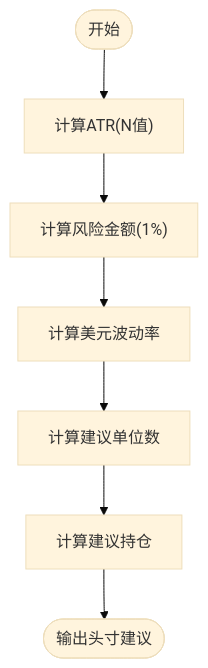
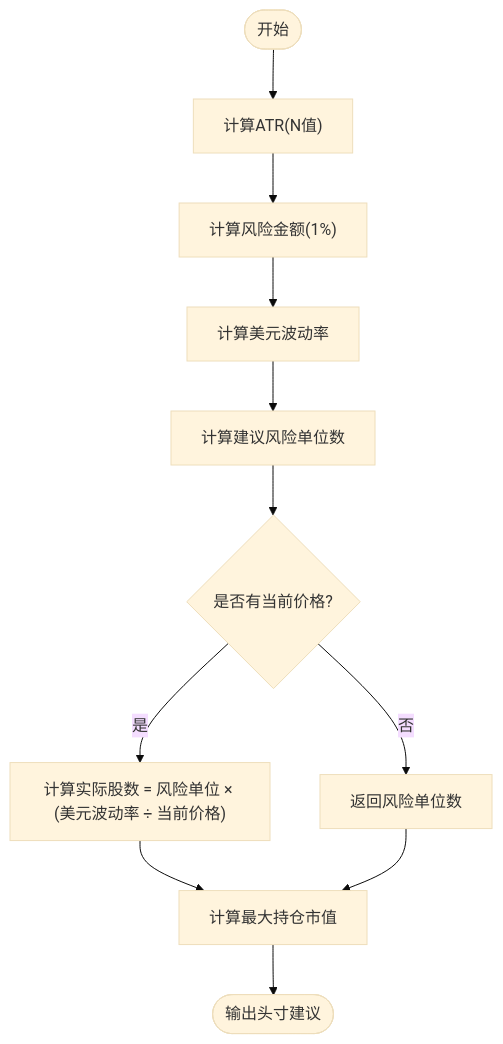
The fifth of 8 diagrams in .qoder/repowiki/zh/content/核心功能模块/策略计算模块.md (raymodny-ai/The-Modern-Turtle-Protocol), drawn with Mermaid (base theme) before and after one commit. The commit also changed other lines of this file and 15 other files, not shown here.

````diff
--- a/.qoder/repowiki/zh/content/核心功能模块/策略计算模块.md
+++ b/.qoder/repowiki/zh/content/核心功能模块/策略计算模块.md
@@ -193,9 +222,13 @@
 ```mermaid
 flowchart TD
 A(["开始"]) --> B["计算ATR(N值)"]
 B --> C["计算风险金额(1%)"]
 C --> D["计算美元波动率"]
-D --> E["计算建议单位数"]
-E --> F["计算建议持仓"]
-F --> G(["输出头寸建议"])
+D --> E["计算建议风险单位数"]
+E --> F{"是否有当前价格?"}
+F --> |是| G["计算实际股数 = 风险单位 × (美元波动率 ÷ 当前价格)"]
+F --> |否| H["返回风险单位数"]
+G --> I["计算最大持仓市值"]
+H --> I
+I --> J(["输出头寸建议"])
 ```
````
